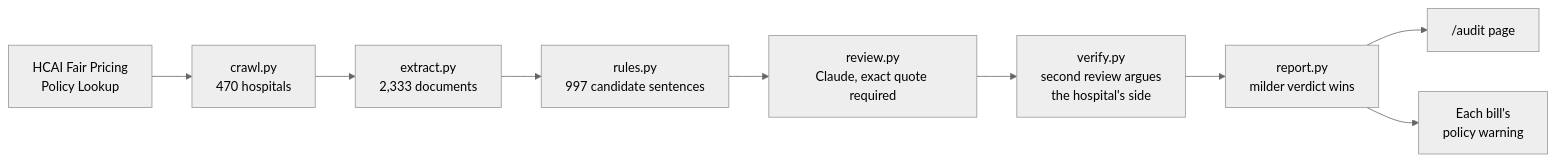
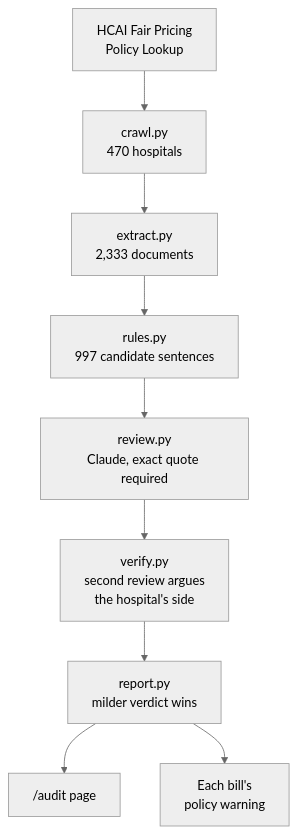
Before and after one commit to VolodymyrLinuxovich/recount: the third of 3 diagrams in README.md, drawn with Mermaid (neutral theme).

Commit message:
README: audit diagram top to bottom

````diff
--- a/README.md
+++ b/README.md
@@ -182,11 +182,11 @@
 ```mermaid
-flowchart LR
+flowchart TD
     H[HCAI Fair Pricing<br/>Policy Lookup] --> CR[crawl.py<br/>470 hospitals]
     CR --> EX[extract.py<br/>2,333 documents]
     EX --> RX[rules.py<br/>997 candidate sentences]
     RX --> R1[review.py<br/>Claude, exact quote required]
     R1 --> R2[verify.py<br/>second review argues<br/>the hospital's side]
     R2 --> RP[report.py<br/>milder verdict wins]
     RP --> MAP["/audit page"]
     RP --> CASE[Each bill's<br/>policy warning]
 ```
````
